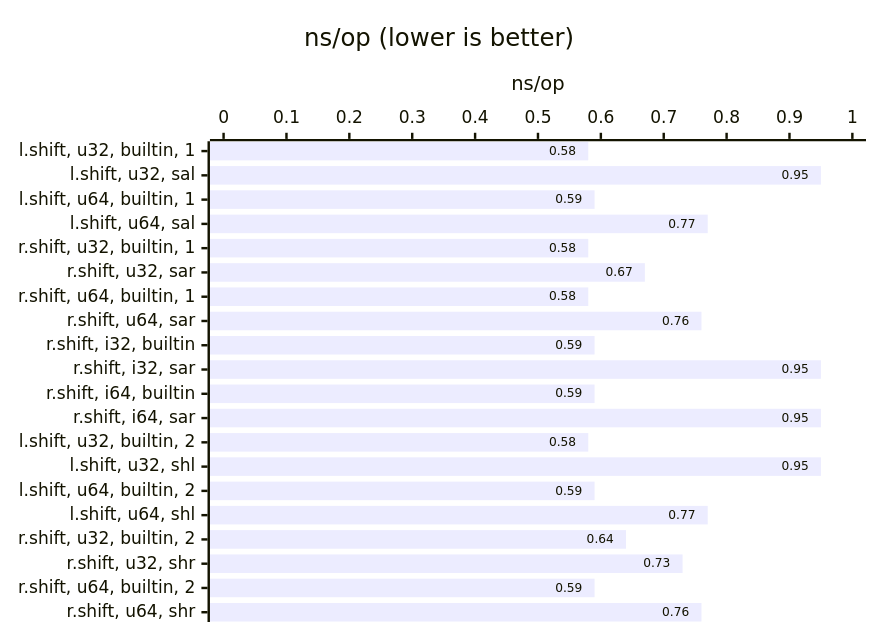
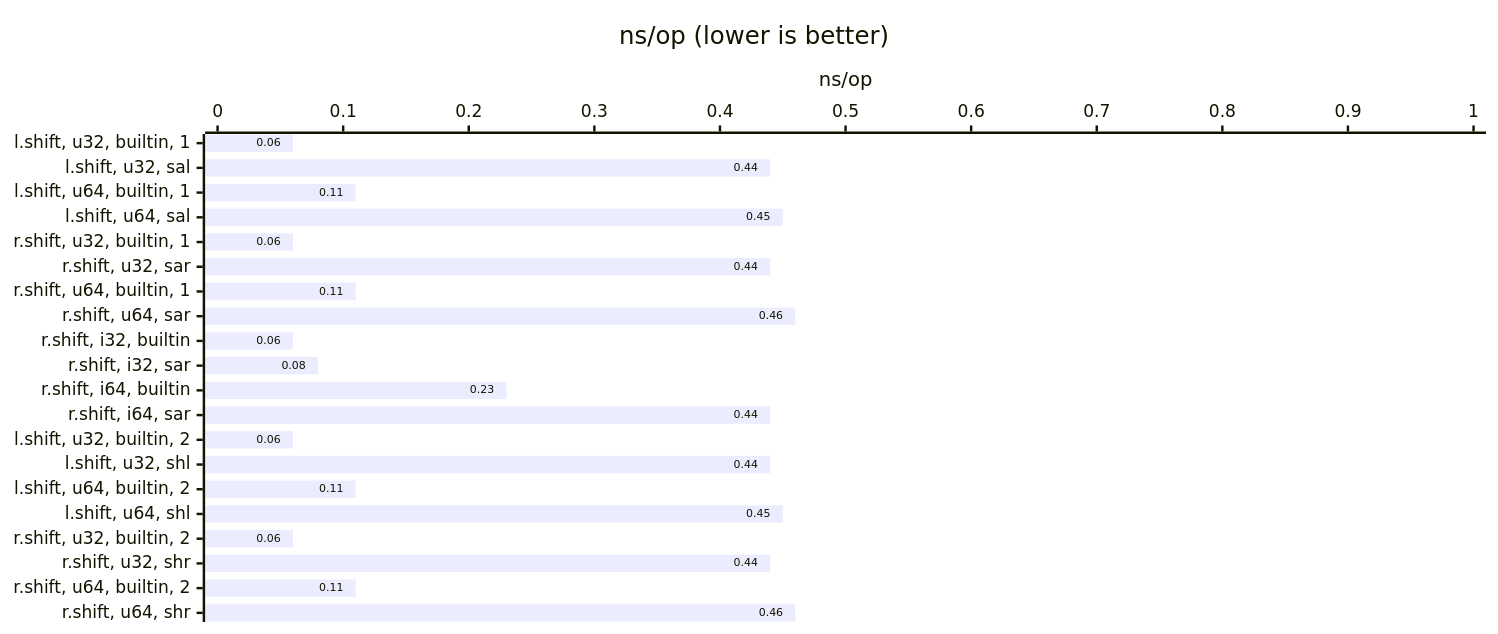
One commit to ttldtor/bits changed the sixth of 44 diagrams in Benchmarks.md. Above: the diagram before and after it, drawn with Mermaid. The commit also changed other lines of this file and 1 other file, not shown here.

````diff
--- a/Benchmarks.md
+++ b/Benchmarks.md
@@ -525,15 +247,16 @@
 ```mermaid
 ---
 config:
     xyChart:
         showDataLabel: true
+        width: 1200
     yAxis:
         showLabel: false
         showAxisLine: false
 ---
 xychart-beta horizontal
 title "ns/op (lower is better)"
 y-axis "ns/op" 0 --> 1
 x-axis ["l.shift, u32, builtin, 1", "l.shift, u32, sal", "l.shift, u64, builtin, 1", "l.shift, u64, sal", "r.shift, u32, builtin, 1", "r.shift, u32, sar", "r.shift, u64, builtin, 1", "r.shift, u64, sar", "r.shift, i32, builtin", "r.shift, i32, sar", "r.shift, i64, builtin", "r.shift, i64, sar", "l.shift, u32, builtin, 2", "l.shift, u32, shl", "l.shift, u64, builtin, 2", "l.shift, u64, shl", "r.shift, u32, builtin, 2", "r.shift, u32, shr", "r.shift, u64, builtin, 2", "r.shift, u64, shr"]
-bar [0.58, 0.95, 0.59, 0.77, 0.58, 0.67, 0.58, 0.76, 0.59, 0.95, 0.59, 0.95, 0.58, 0.95, 0.59, 0.77, 0.64, 0.73, 0.59, 0.76]
+bar [0.06, 0.44, 0.11, 0.45, 0.06, 0.44, 0.11, 0.46, 0.06, 0.08, 0.23, 0.44, 0.06, 0.44, 0.11, 0.45, 0.06, 0.44, 0.11, 0.46]
 ```
````
